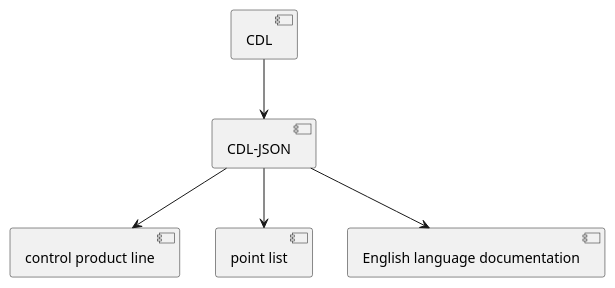
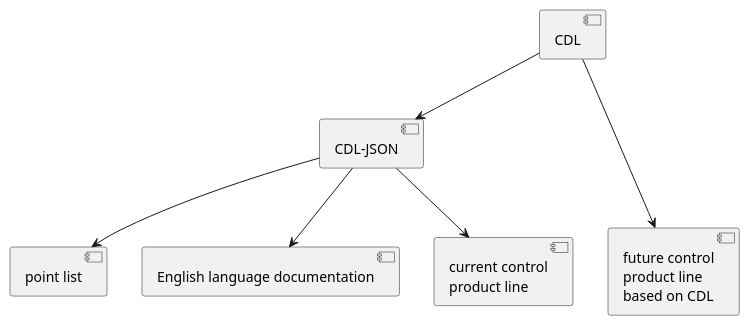
Before and after one commit to lbl-srg/obc: the diagram in specification/source/cdl.rst, drawn with PlantUML. The commit also changed other lines of this file and 1 other file, not shown here.

Commit message:
Added Paul's changes to process and cdl

```diff
--- a/specification/source/cdl.rst
+++ b/specification/source/cdl.rst
@@ -34,23 +40,27 @@
 .. uml::
    :caption: Translation of CDL to the CDL-JSON intermediate format and to a product line or English language documentation.
    :width: 550 px
 
    skinparam componentStyle uml2
 
      [CDL]
 
      [CDL-JSON]
 
-     [control product line]
-
      [point list]
 
      [English language documentation]
 
+     [current control\nproduct line]
+
+     [future control\nproduct line\nbased on CDL]
+
      [CDL] -d-> [CDL-JSON]
 
-     [CDL-JSON] --> [control product line]
+     [CDL-JSON] --> [current control\nproduct line]
+
+     [CDL-JSON] --> [English language documentation]
 
      [CDL-JSON] --> [point list]
 
-     [CDL-JSON] --> [English language documentation]
+     [CDL] ---> [future control\nproduct line\nbased on CDL]
```
